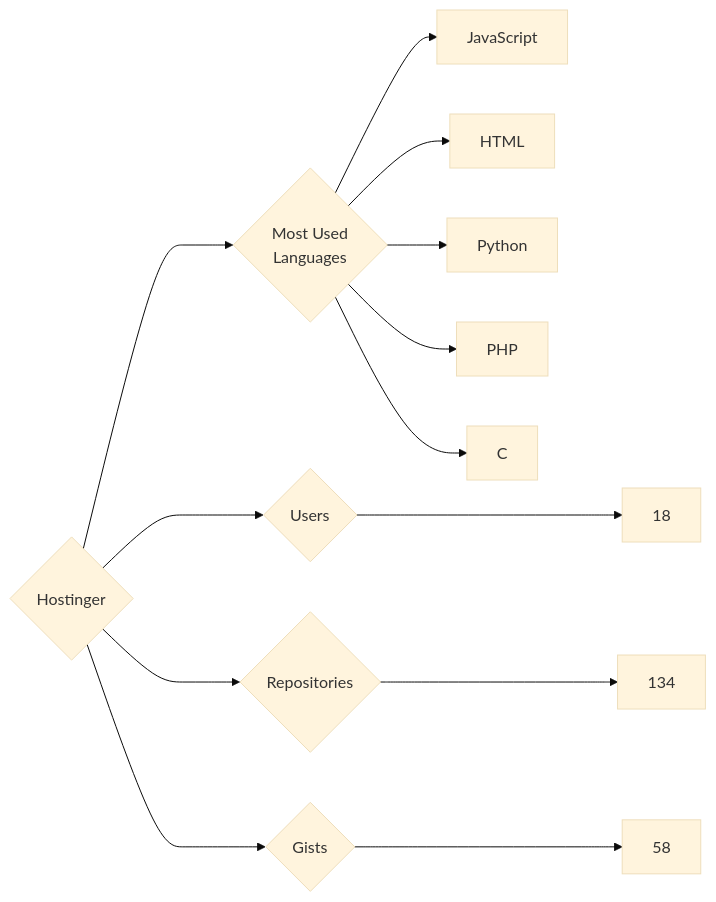
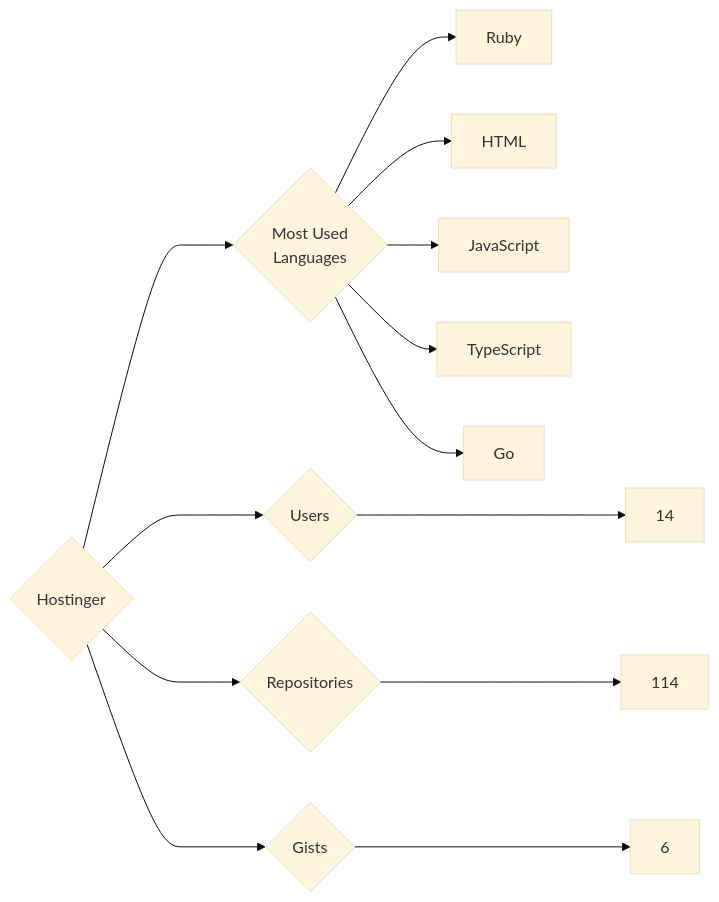
One commit to trickest/insiders changed the diagram in targets/Hostinger/README.md. Above: the diagram before and after it, drawn with Mermaid (base theme). The commit also changed 873 other files, not shown here.

````diff
--- a/targets/Hostinger/README.md
+++ b/targets/Hostinger/README.md
@@ -3,13 +3,13 @@
 ```mermaid
 graph LR
 COMPANY_NAME{Hostinger}
-COMPANY_NAME ---> U{Users} ---> UN[18]
-COMPANY_NAME ---> R{Repositories} ---> RN[134]
-COMPANY_NAME ---> G{Gists} ---> GN[58]
+COMPANY_NAME ---> U{Users} ---> UN[14]
+COMPANY_NAME ---> R{Repositories} ---> RN[114]
+COMPANY_NAME ---> G{Gists} ---> GN[6]
 COMPANY_NAME ---> ML{Most Used<br>Languages}
+ML --> Ruby[Ruby]
+ML --> HTML[HTML]
 ML --> JavaScript[JavaScript]
-ML --> HTML[HTML]
-ML --> Python[Python]
-ML --> PHP[PHP]
-ML --> C[C]
+ML --> TypeScript[TypeScript]
+ML --> Go[Go]
 ```
````
